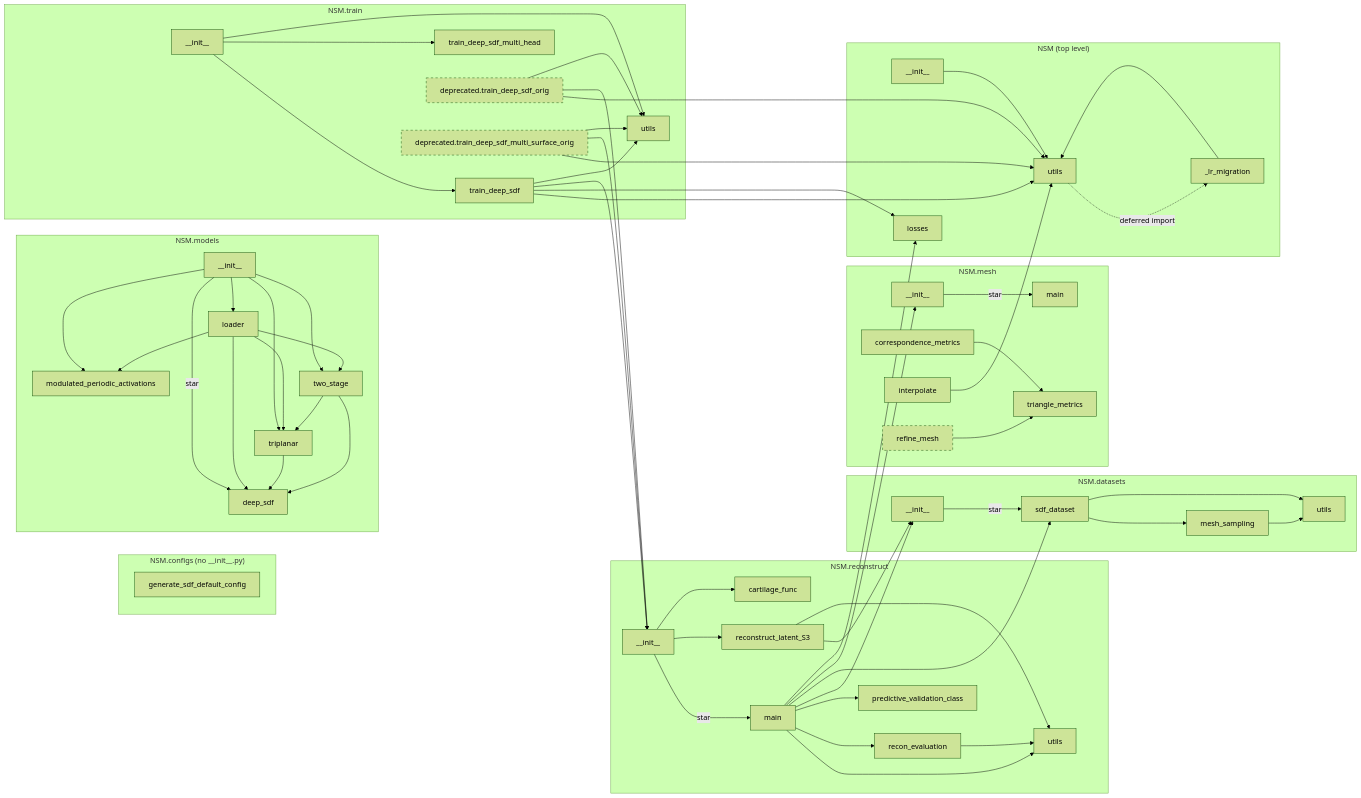
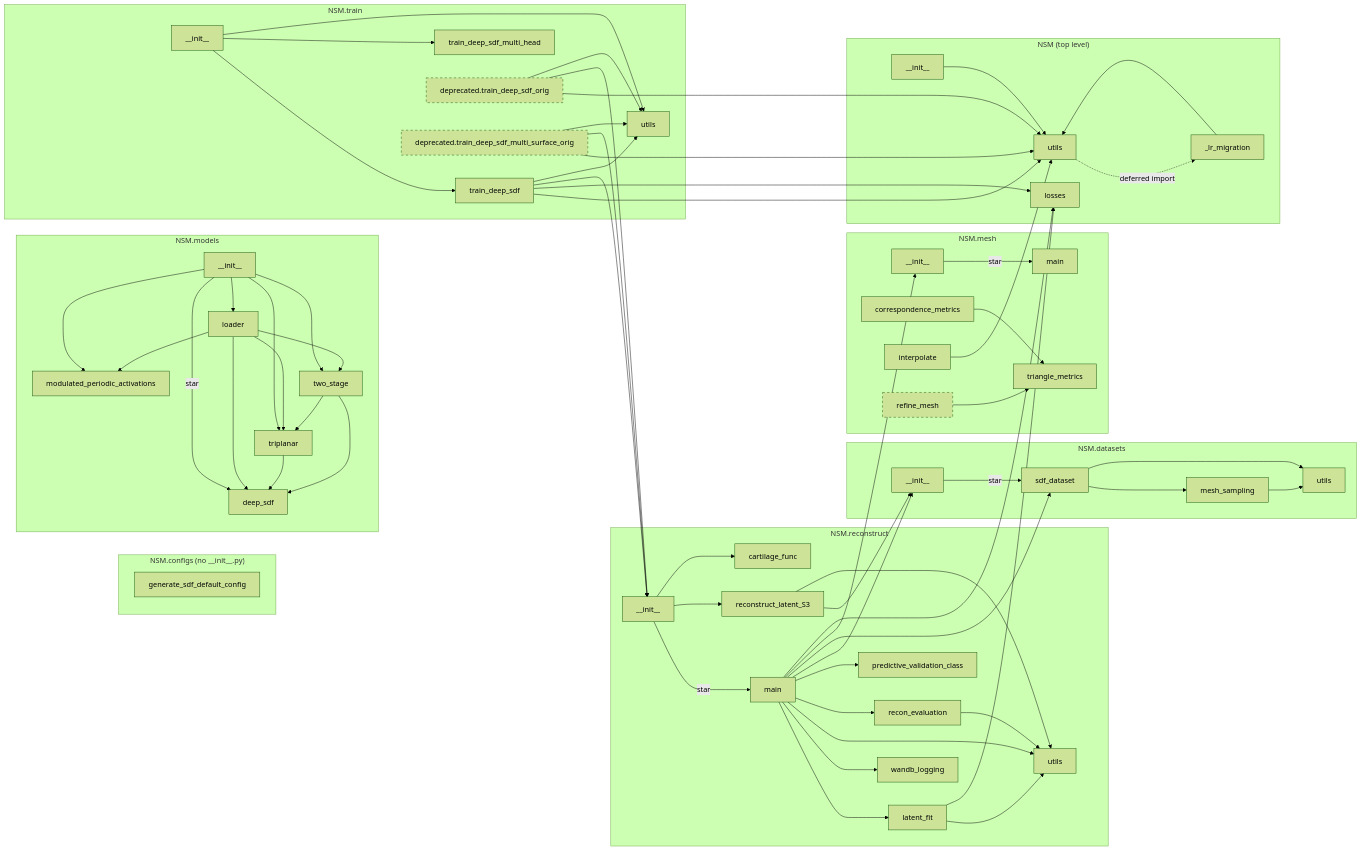
One commit to gattia/nsm changed the diagram in docs/ARCHITECTURE.md. Above: the diagram before and after it, drawn with Mermaid (forest theme). The commit also changed other lines of this file and 5 other files, not shown here.

First line of the commit message:
§8.0.C split: the latent-optimization stack and wandb prep move out of main.py

```diff
--- a/docs/ARCHITECTURE.md
+++ b/docs/ARCHITECTURE.md
@@ -91,6 +91,8 @@
   subgraph RC["NSM.reconstruct"]
     RCpkg["__init__"]
     RCmain["main"]
+    RClat["latent_fit"]
+    RCwb["wandb_logging"]
     RCcart["cartilage_func"]
     RCs3["reconstruct_latent_S3"]
     RCpred["predictive_validation_class"]
@@ -137,6 +139,8 @@
   RCpkg -->|star| RCmain
   RCpkg --> RCs3
   RCpkg --> RCcart
+  RCmain --> RClat
+  RCmain --> RCwb
   RCmain --> RCutils
   RCmain --> RCeval
   RCmain --> RCpred
@@ -144,6 +148,8 @@
   RCmain --> DSsdf
   RCmain --> MEpkg
   RCmain --> Ulosses
+  RClat --> RCutils
+  RClat --> Ulosses
   RCeval --> RCutils
   RCs3 --> DSpkg
   RCs3 --> RCutils
```
